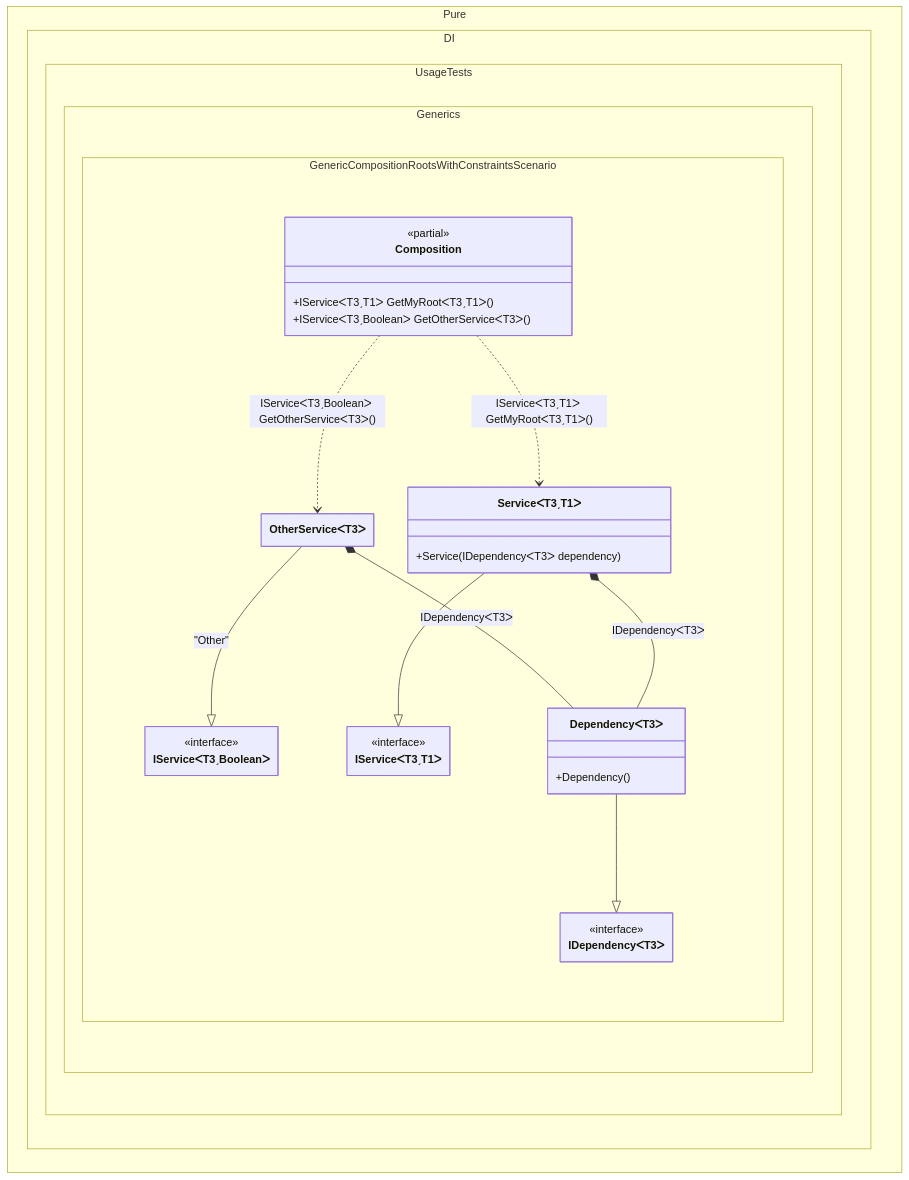
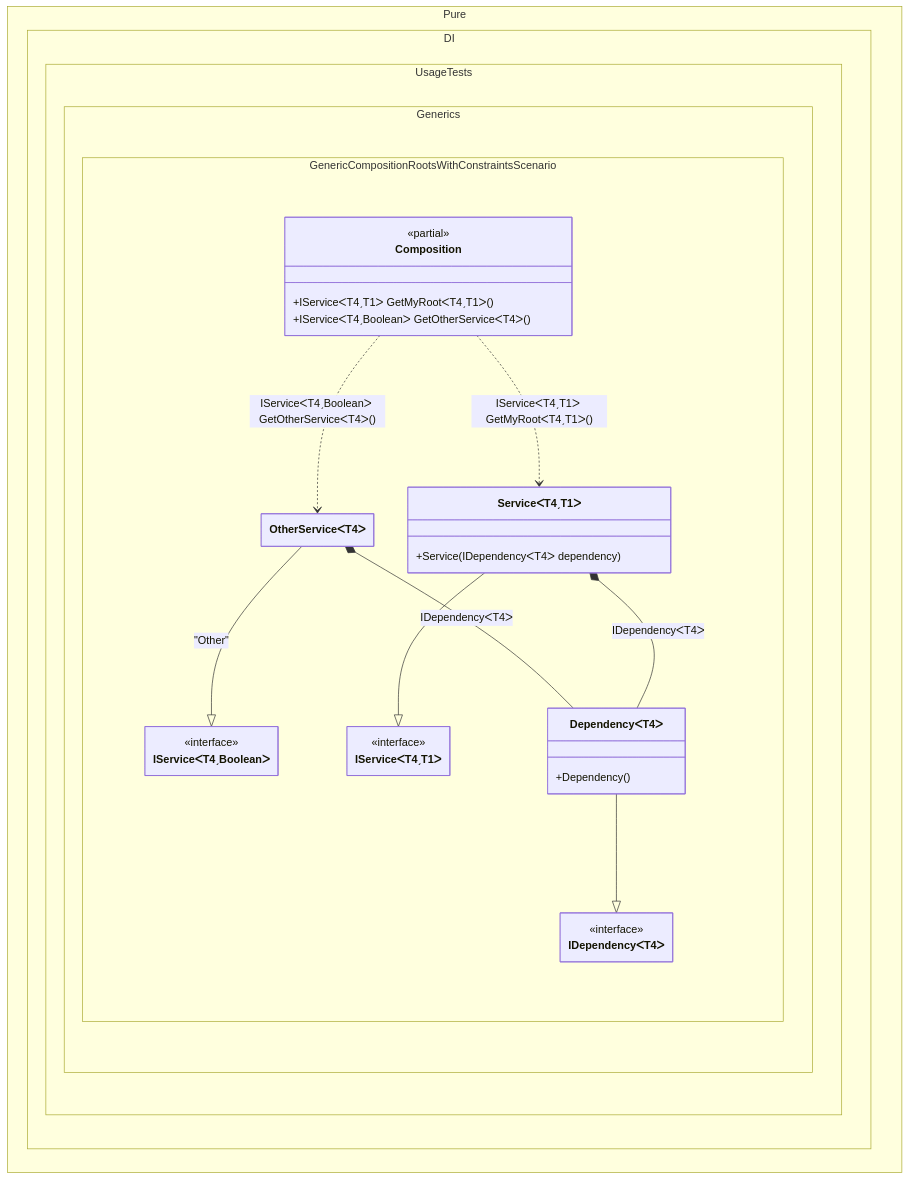
The diagram in readme/generic-composition-roots-with-constraints.md (DevTeam/Pure.DI), drawn with Mermaid before and after one commit. The commit also changed other lines of this file and 42 other files, not shown here.

````diff
--- a/readme/generic-composition-roots-with-constraints.md
+++ b/readme/generic-composition-roots-with-constraints.md
@@ -130,39 +130,39 @@
 ```mermaid
 ---
  config:
   class:
    hideEmptyMembersBox: true
 ---
 classDiagram
-	OtherServiceᐸT3ᐳ --|> IServiceᐸT3ˏBooleanᐳ : "Other" 
-	ServiceᐸT3ˏT1ᐳ --|> IServiceᐸT3ˏT1ᐳ
-	DependencyᐸT3ᐳ --|> IDependencyᐸT3ᐳ
-	Composition ..> OtherServiceᐸT3ᐳ : IServiceᐸT3ˏBooleanᐳ GetOtherServiceᐸT3ᐳ()
-	Composition ..> ServiceᐸT3ˏT1ᐳ : IServiceᐸT3ˏT1ᐳ GetMyRootᐸT3ˏT1ᐳ()
-	OtherServiceᐸT3ᐳ *--  DependencyᐸT3ᐳ : IDependencyᐸT3ᐳ
-	ServiceᐸT3ˏT1ᐳ *--  DependencyᐸT3ᐳ : IDependencyᐸT3ᐳ
+	OtherServiceᐸT4ᐳ --|> IServiceᐸT4ˏBooleanᐳ : "Other" 
+	ServiceᐸT4ˏT1ᐳ --|> IServiceᐸT4ˏT1ᐳ
+	DependencyᐸT4ᐳ --|> IDependencyᐸT4ᐳ
+	Composition ..> OtherServiceᐸT4ᐳ : IServiceᐸT4ˏBooleanᐳ GetOtherServiceᐸT4ᐳ()
+	Composition ..> ServiceᐸT4ˏT1ᐳ : IServiceᐸT4ˏT1ᐳ GetMyRootᐸT4ˏT1ᐳ()
+	OtherServiceᐸT4ᐳ *--  DependencyᐸT4ᐳ : IDependencyᐸT4ᐳ
+	ServiceᐸT4ˏT1ᐳ *--  DependencyᐸT4ᐳ : IDependencyᐸT4ᐳ
 	namespace Pure.DI.UsageTests.Generics.GenericCompositionRootsWithConstraintsScenario {
 		class Composition {
 		<<partial>>
-		+IServiceᐸT3ˏT1ᐳ GetMyRootᐸT3ˏT1ᐳ()
-		+IServiceᐸT3ˏBooleanᐳ GetOtherServiceᐸT3ᐳ()
+		+IServiceᐸT4ˏT1ᐳ GetMyRootᐸT4ˏT1ᐳ()
+		+IServiceᐸT4ˏBooleanᐳ GetOtherServiceᐸT4ᐳ()
 		}
-		class DependencyᐸT3ᐳ {
+		class DependencyᐸT4ᐳ {
 			+Dependency()
 		}
-		class IDependencyᐸT3ᐳ {
+		class IDependencyᐸT4ᐳ {
 			<<interface>>
 		}
-		class IServiceᐸT3ˏBooleanᐳ {
+		class IServiceᐸT4ˏBooleanᐳ {
 			<<interface>>
 		}
-		class IServiceᐸT3ˏT1ᐳ {
+		class IServiceᐸT4ˏT1ᐳ {
 			<<interface>>
 		}
-		class OtherServiceᐸT3ᐳ {
+		class OtherServiceᐸT4ᐳ {
 		}
-		class ServiceᐸT3ˏT1ᐳ {
-			+Service(IDependencyᐸT3ᐳ dependency)
+		class ServiceᐸT4ˏT1ᐳ {
+			+Service(IDependencyᐸT4ᐳ dependency)
 		}
 	}
 ```
````
